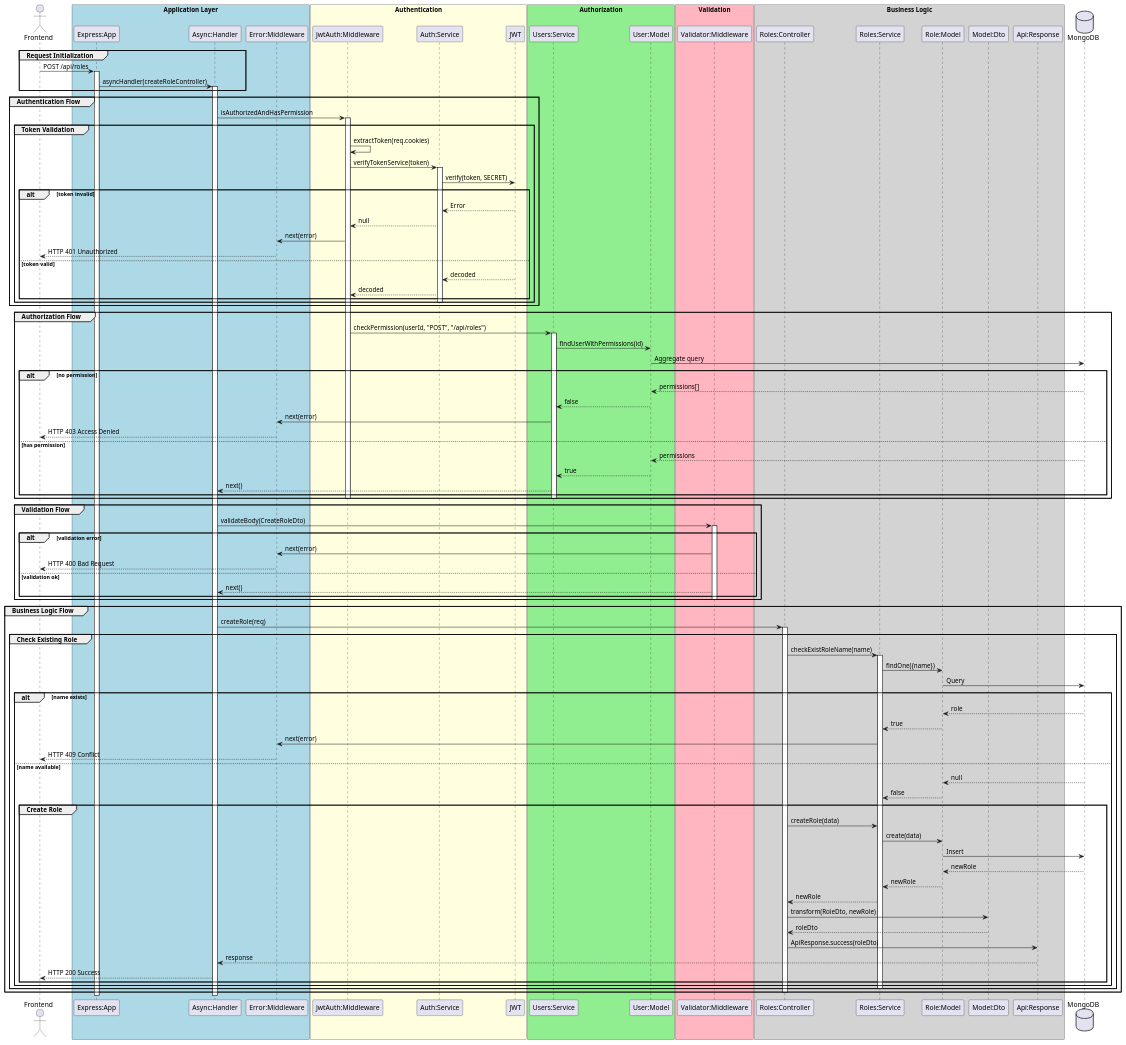
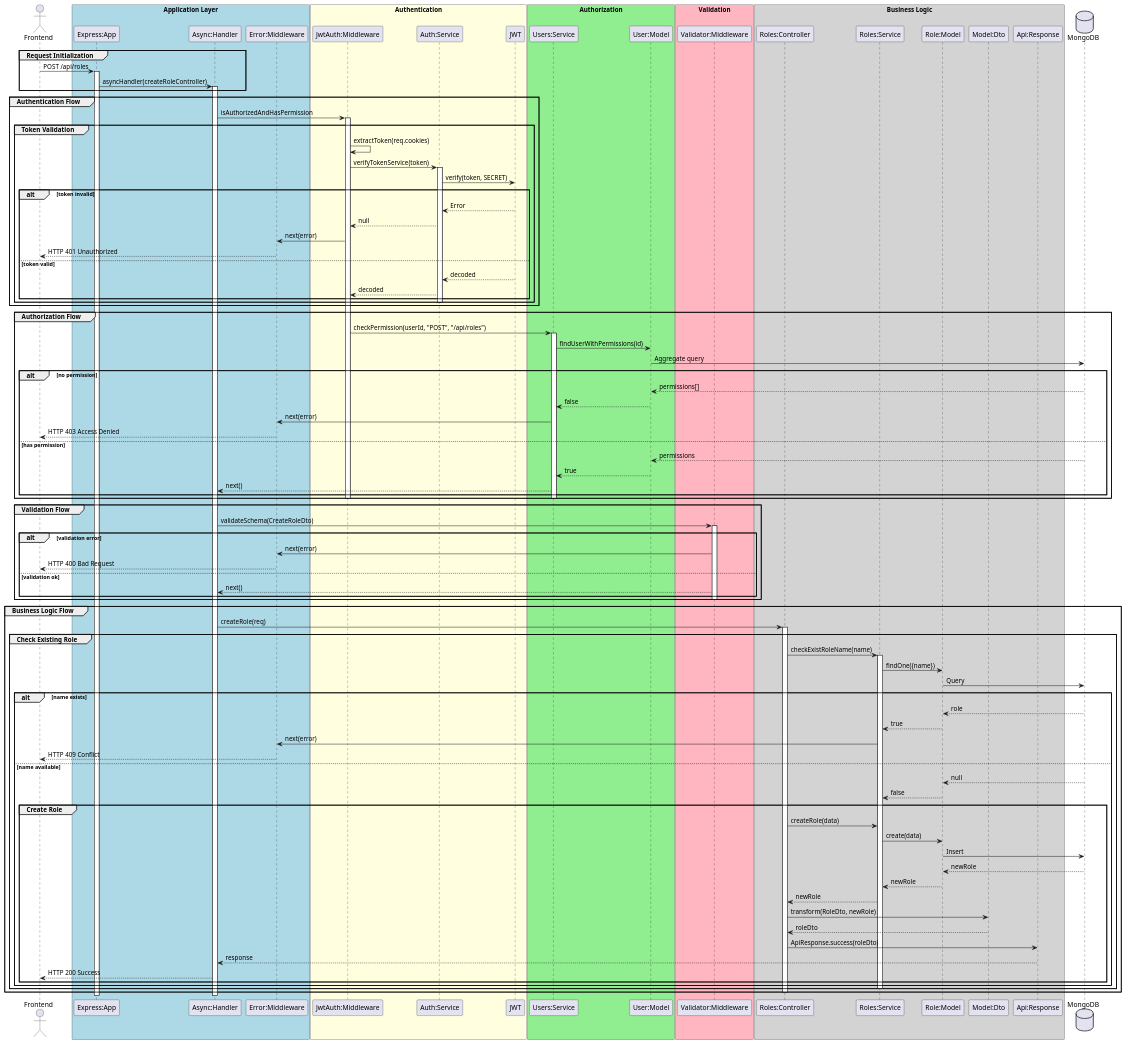
The diagram in docs/sequences/UC4-Login.wsd (hiusnguyen201/BE_ClothingShop), drawn with PlantUML before and after one commit. The commit also changed 107 other files, not shown here.

Commit message:
:zap: move validateSchema into controller

```diff
--- a/docs/sequences/UC4-Login.wsd
+++ b/docs/sequences/UC4-Login.wsd
@@ -1,142 +1,142 @@
 @startuml Create Role Feature
 
 ' Participants
 actor "Frontend" as FE
 box "Application Layer" #LightBlue
 participant "Express:App" as App
 participant "Async:Handler" as AsyncHandler
 participant "Error:Middleware" as ErrorMiddleware
 end box
 
 box "Authentication" #LightYellow
 participant "JwtAuth:Middleware" as AuthMiddleware
 participant "Auth:Service" as AuthService
 participant "JWT" as JWT
 end box
 
 box "Authorization" #LightGreen
 participant "Users:Service" as UserService
 participant "User:Model" as UserModel
 end box
 
 box "Validation" #LightPink
 participant "Validator:Middleware" as Validator
 end box
 
 box "Business Logic" #LightGray
 participant "Roles:Controller" as Controller
 participant "Roles:Service" as Service
 participant "Role:Model" as RoleModel
 participant "Model:Dto" as Dto
 participant "Api:Response" as Response
 end box
 
 database MongoDB as DB
 
 ' Main Flow
 group Request Initialization
     FE -> App: POST /api/roles
     activate App
     App -> AsyncHandler: asyncHandler(createRoleController)
     activate AsyncHandler
 end
 
 group Authentication Flow
     AsyncHandler -> AuthMiddleware: isAuthorizedAndHasPermission
     activate AuthMiddleware
     
     group Token Validation
         AuthMiddleware -> AuthMiddleware: extractToken(req.cookies)
         AuthMiddleware -> AuthService: verifyTokenService(token)
         activate AuthService
         AuthService -> JWT: verify(token, SECRET)
         
         alt token invalid
             JWT --> AuthService: Error
             AuthService --> AuthMiddleware: null
             AuthMiddleware -> ErrorMiddleware: next(error)
             ErrorMiddleware --> FE: HTTP 401 Unauthorized
         else token valid
             JWT --> AuthService: decoded
             AuthService --> AuthMiddleware: decoded
         end
         deactivate AuthService
     end
 end
 
 group Authorization Flow
     AuthMiddleware -> UserService: checkPermission(userId, "POST", "/api/roles")
     activate UserService
     UserService -> UserModel: findUserWithPermissions(id)
     UserModel -> DB: Aggregate query
     
     alt no permission
         DB --> UserModel: permissions[]
         UserModel --> UserService: false
         UserService -> ErrorMiddleware: next(error)
         ErrorMiddleware --> FE: HTTP 403 Access Denied
     else has permission
         DB --> UserModel: permissions
         UserModel --> UserService: true
         UserService --> AsyncHandler: next()
     end
     deactivate UserService
     deactivate AuthMiddleware
 end
 
 group Validation Flow
-    AsyncHandler -> Validator: validateBody(CreateRoleDto)
+    AsyncHandler -> Validator: validateSchema(CreateRoleDto)
     activate Validator
     
     alt validation error
         Validator -> ErrorMiddleware: next(error)
         ErrorMiddleware --> FE: HTTP 400 Bad Request
     else validation ok
         Validator --> AsyncHandler: next()
     end
     deactivate Validator
 end
 
 group Business Logic Flow
     AsyncHandler -> Controller: createRole(req)
     activate Controller
     
     group Check Existing Role
         Controller -> Service: checkExistRoleName(name)
         activate Service
         Service -> RoleModel: findOne({name})
         RoleModel -> DB: Query
         
         alt name exists
             DB --> RoleModel: role
             RoleModel --> Service: true
             Service -> ErrorMiddleware: next(error)
             ErrorMiddleware --> FE: HTTP 409 Conflict
         else name available
             DB --> RoleModel: null
             RoleModel --> Service: false
             
             group Create Role
                 Controller -> Service: createRole(data)
                 Service -> RoleModel: create(data)
                 RoleModel -> DB: Insert
                 DB --> RoleModel: newRole
                 RoleModel --> Service: newRole
                 Service --> Controller: newRole
                 
                 Controller -> Dto: transform(RoleDto, newRole)
                 Dto --> Controller: roleDto
                 Controller -> Response: ApiResponse.success(roleDto)
                 Response --> AsyncHandler: response
                 AsyncHandler --> FE: HTTP 200 Success
             end
         end
         deactivate Service
     end
     deactivate Controller
 end
 
 deactivate AsyncHandler
 deactivate App
 
 @enduml
```
